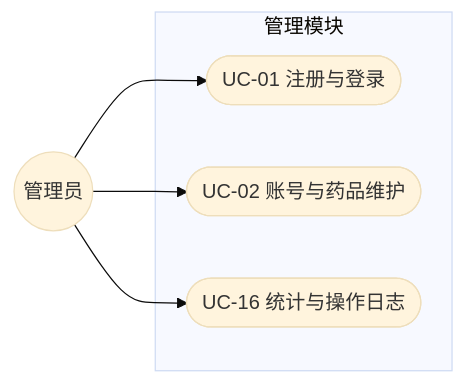
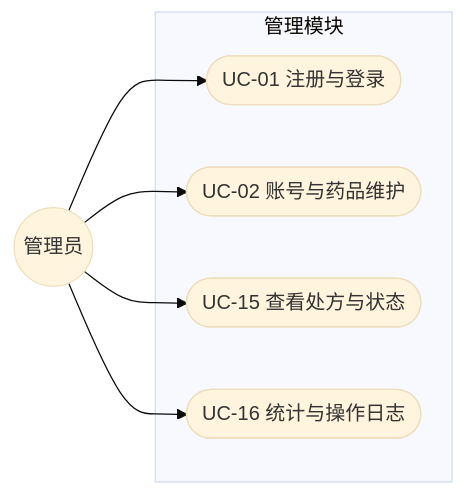
Before and after one commit to RefuseIOT/MedicinePlatform: the third of 7 diagrams in docs/diagrams/README.md, drawn with Mermaid (base theme). The commit also changed other lines of this file and 3 other files, not shown here.

````diff
--- a/docs/diagrams/README.md
+++ b/docs/diagrams/README.md
@@ -72,14 +74,16 @@
 ```mermaid
 flowchart LR
     A((管理员))
 
     subgraph 管理模块
         UC01([UC-01 注册与登录])
         UC02([UC-02 账号与药品维护])
+        UC15([UC-15 查看处方与状态])
         UC16([UC-16 统计与操作日志])
     end
 
     A --> UC01
     A --> UC02
     A --> UC16
+    A --> UC15
 ```
````
